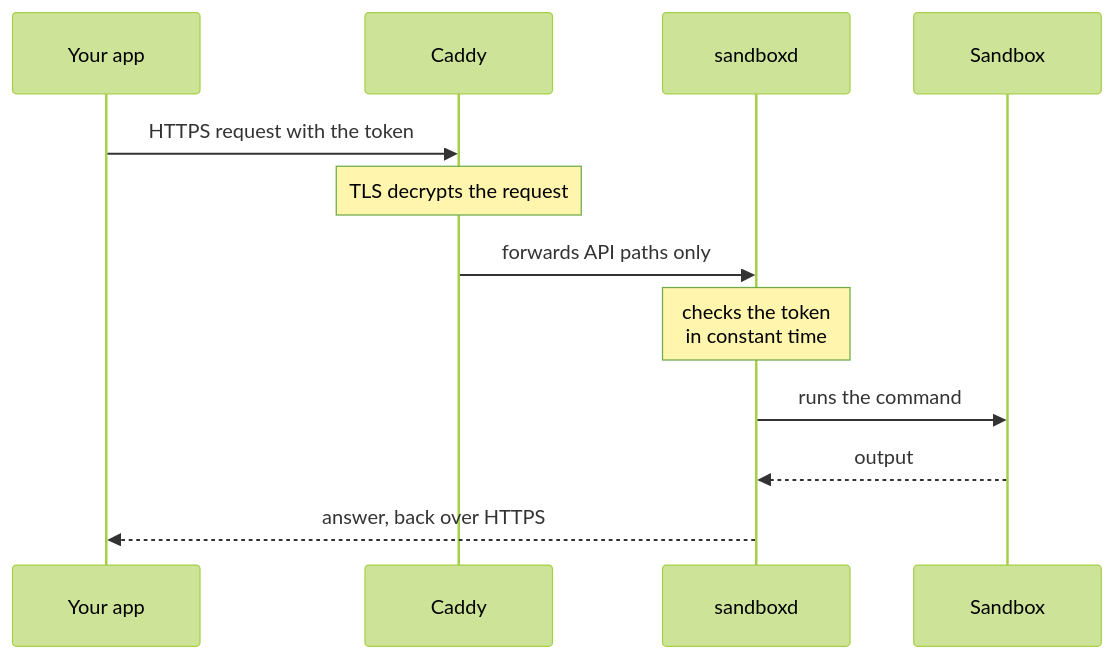
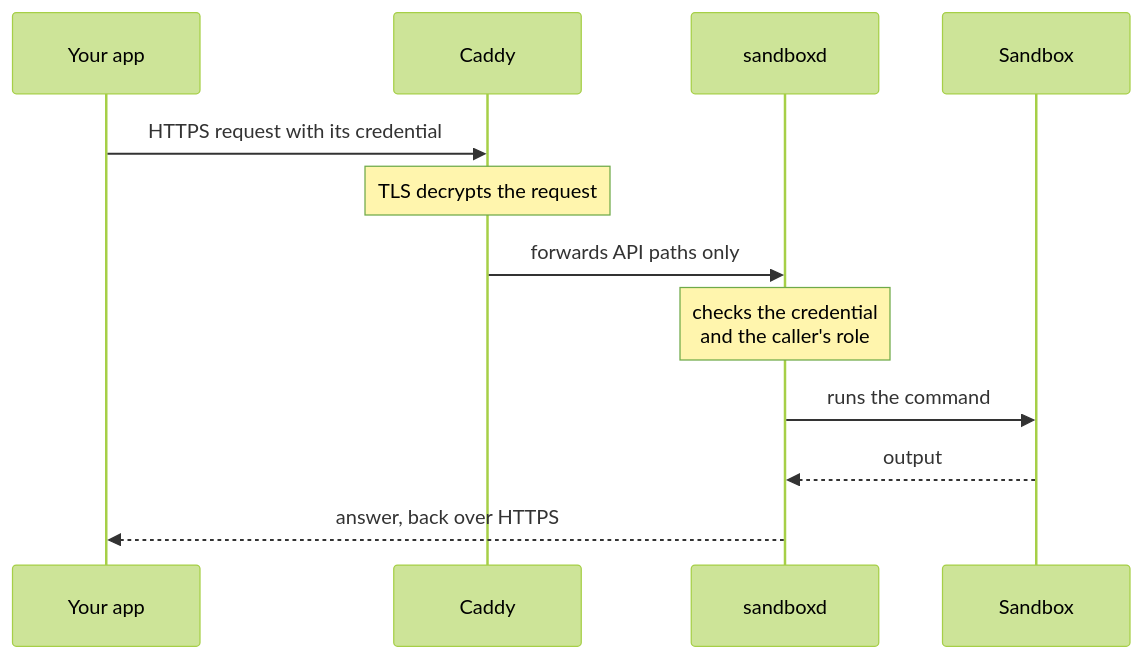
Before and after one commit to aerol-ai/microvm: the fourth of 14 diagrams in docs/src/content/docs/engineering-security-overview.mdx, drawn with Mermaid (forest theme). The commit also changed other lines of this file and 15 other files, not shown here.

````diff
--- a/docs/src/content/docs/engineering-security-overview.mdx
+++ b/docs/src/content/docs/engineering-security-overview.mdx
@@ -129,14 +131,14 @@
 ```mermaid
 sequenceDiagram
     participant App as Your app
     participant C as Caddy
     participant S as sandboxd
     participant B as Sandbox
-    App->>C: HTTPS request with the token
+    App->>C: HTTPS request with its credential
     Note over C: TLS decrypts the request
     C->>S: forwards API paths only
-    Note over S: checks the token<br/>in constant time
+    Note over S: checks the credential<br/>and the caller's role
     S->>B: runs the command
     B-->>S: output
     S-->>App: answer, back over HTTPS
 ```
````
